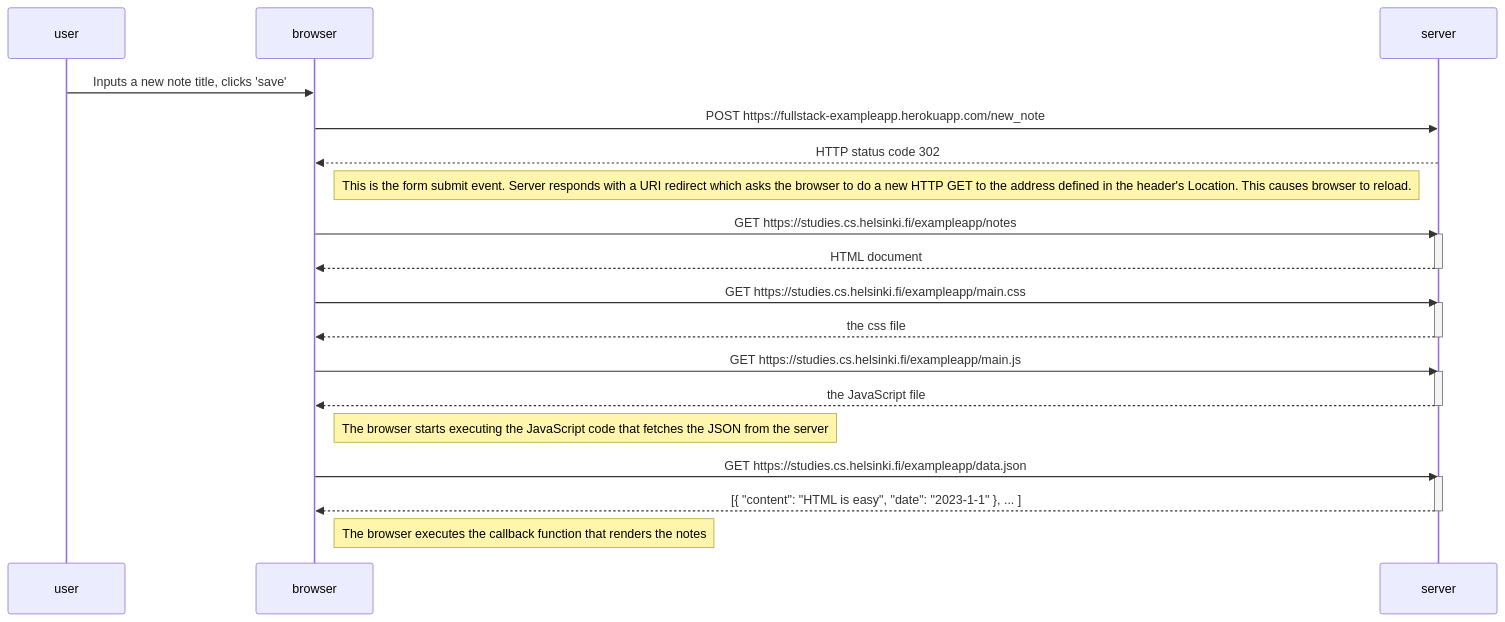
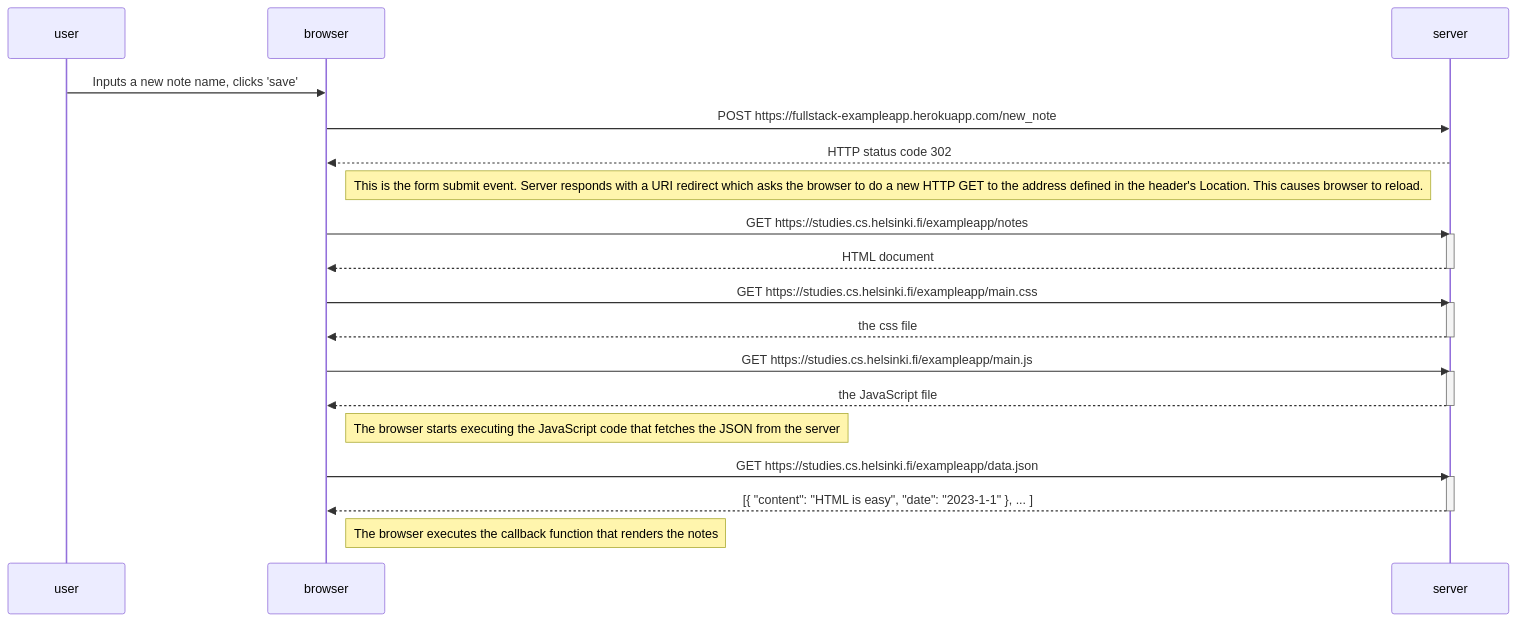
Before and after one commit to anastasiabizyayeva/fso: the diagram in part0/new-note/new-note.md, drawn with Mermaid.

````diff
--- a/part0/new-note/new-note.md
+++ b/part0/new-note/new-note.md
@@ -1,37 +1,37 @@
 ```mermaid
 sequenceDiagram
 
     participant user
     participant browser
     participant server
 
-    user->>browser: Inputs a new note title, clicks 'save'
+    user->>browser: Inputs a new note name, clicks 'save'
 
     browser->>server: POST https://fullstack-exampleapp.herokuapp.com/new_note
     server-->>browser: HTTP status code 302
     Note right of browser: This is the form submit event. Server responds with a URI redirect which asks the browser to do a new HTTP GET to the address defined in the header's Location. This causes browser to reload.
 
     browser->>server: GET https://studies.cs.helsinki.fi/exampleapp/notes
     activate server
     server-->>browser: HTML document
     deactivate server
 
     browser->>server: GET https://studies.cs.helsinki.fi/exampleapp/main.css
     activate server
     server-->>browser: the css file
     deactivate server
 
     browser->>server: GET https://studies.cs.helsinki.fi/exampleapp/main.js
     activate server
     server-->>browser: the JavaScript file
     deactivate server
 
     Note right of browser: The browser starts executing the JavaScript code that fetches the JSON from the server
 
     browser->>server: GET https://studies.cs.helsinki.fi/exampleapp/data.json
     activate server
     server-->>browser: [{ "content": "HTML is easy", "date": "2023-1-1" }, ... ]
     deactivate server
 
     Note right of browser: The browser executes the callback function that renders the notes
 ```
````
